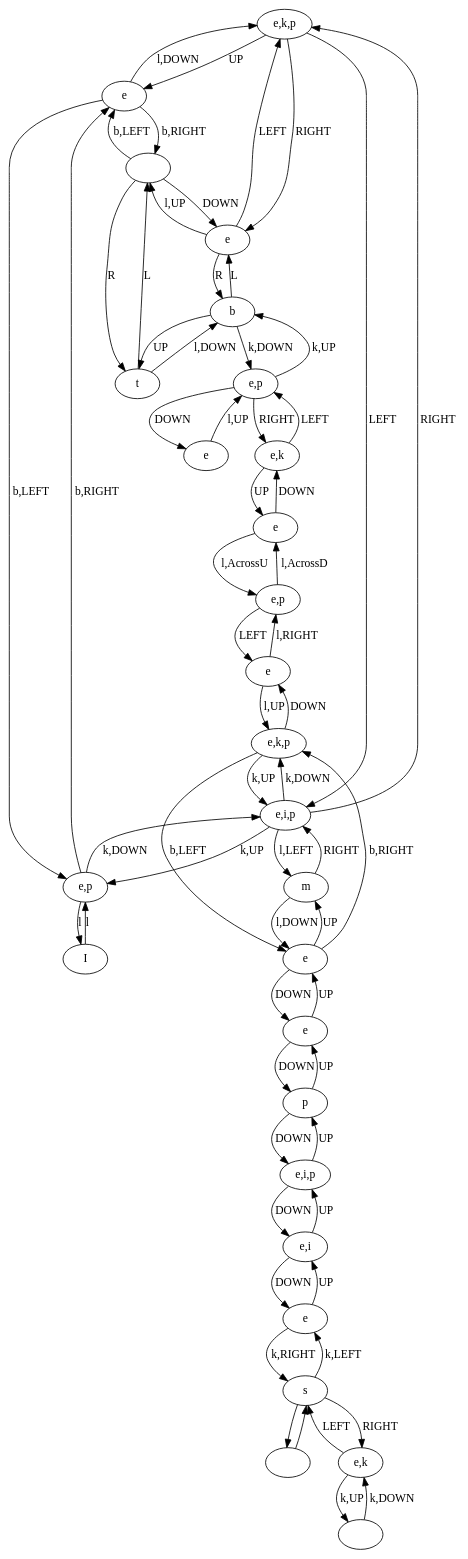
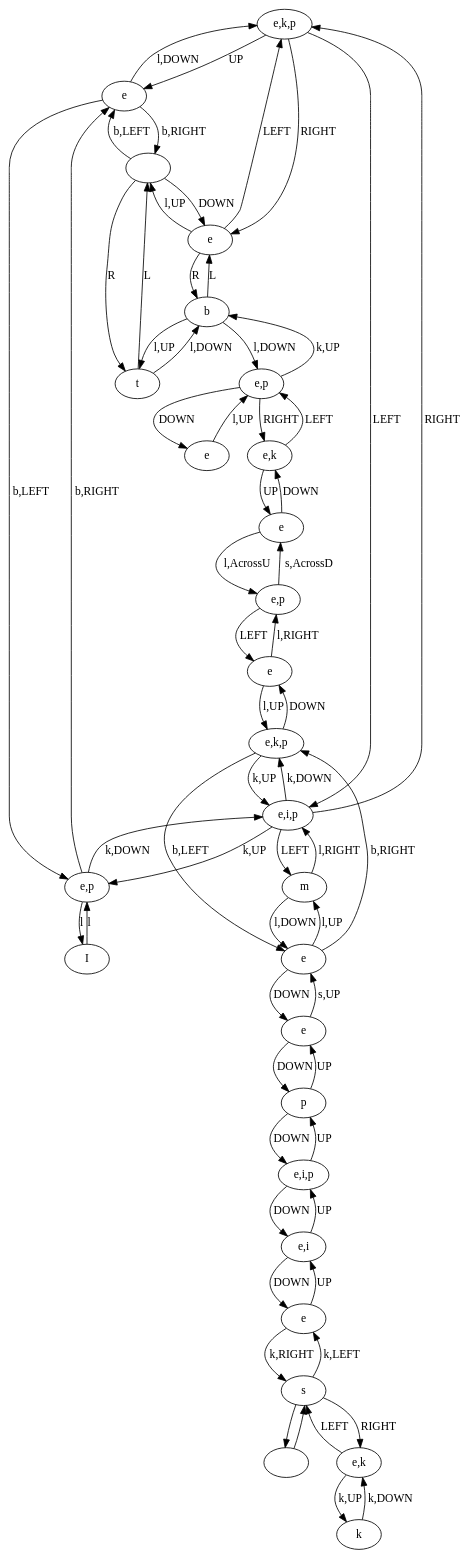
The diagram in data/VGLC/Zelda/Graph Processed/tloz6_1_flip.dot (schrum2/MM-NEAT), drawn with Graphviz before and after one commit. The commit also changed 66 other files, not shown here.

```diff
--- a/data/VGLC/Zelda/Graph Processed/tloz6_1_flip.dot
+++ b/data/VGLC/Zelda/Graph Processed/tloz6_1_flip.dot
@@ -1,91 +1,91 @@
 digraph {
 0 [label="e,k,p"]
 1 [label="e"]
 2 [label="e,i,p"]
 3 [label="e,p"]
 4 [label="b"]
 5 [label="t"]
 6 [label="e"]
 7 [label=""]
 8 [label="e,p"]
 9 [label="m"]
 10 [label="s"]
 11 [label=""]
-12 [label=""]
+12 [label="k"]
 13 [label="e,k"]
 14 [label="e,i"]
 15 [label="e"]
 16 [label="p"]
 17 [label="e,i,p"]
 18 [label="e"]
 19 [label="e"]
 20 [label="e,k,p"]
 21 [label="e"]
 22 [label="e,p"]
 23 [label="e"]
 24 [label="e"]
 25 [label="e,k"]
 26 [label="I"]
 11 -> 10 [label=""]
 10 -> 11 [label=""]
 15 -> 14 [label="UP"]
 14 -> 15 [label="DOWN"]
 14 -> 17 [label="UP"]
 17 -> 14 [label="DOWN"]
 22 -> 25 [label="RIGHT"]
 25 -> 22 [label="LEFT"]
 25 -> 24 [label="UP"]
 24 -> 25 [label="DOWN"]
 0 -> 2 [label="LEFT"]
 2 -> 0 [label="RIGHT"]
 0 -> 6 [label="RIGHT"]
 6 -> 0 [label="LEFT"]
-8 -> 24 [label="l,AcrossD"]
+8 -> 24 [label="s,AcrossD"]
 24 -> 8 [label="l,AcrossU"]
 6 -> 7 [label="l,UP"]
 7 -> 6 [label="DOWN"]
 6 -> 4 [label="R"]
 4 -> 6 [label="L"]
-4 -> 5 [label="UP"]
+4 -> 5 [label="l,UP"]
 5 -> 4 [label="l,DOWN"]
 7 -> 5 [label="R"]
 5 -> 7 [label="L"]
 21 -> 8 [label="l,RIGHT"]
 8 -> 21 [label="LEFT"]
 9 -> 18 [label="l,DOWN"]
-18 -> 9 [label="UP"]
-9 -> 2 [label="RIGHT"]
-2 -> 9 [label="l,LEFT"]
+18 -> 9 [label="l,UP"]
+9 -> 2 [label="l,RIGHT"]
+2 -> 9 [label="LEFT"]
 21 -> 20 [label="l,UP"]
 20 -> 21 [label="DOWN"]
 17 -> 16 [label="UP"]
 16 -> 17 [label="DOWN"]
 10 -> 13 [label="RIGHT"]
 13 -> 10 [label="LEFT"]
 1 -> 0 [label="l,DOWN"]
 0 -> 1 [label="UP"]
 10 -> 15 [label="k,LEFT"]
 15 -> 10 [label="k,RIGHT"]
 13 -> 12 [label="k,UP"]
 12 -> 13 [label="k,DOWN"]
 3 -> 2 [label="k,DOWN"]
 2 -> 3 [label="k,UP"]
 3 -> 26 [label="l"]
 26 -> 3 [label="l"]
 3 -> 1 [label="b,RIGHT"]
 1 -> 3 [label="b,LEFT"]
 1 -> 7 [label="b,RIGHT"]
 7 -> 1 [label="b,LEFT"]
 20 -> 18 [label="b,LEFT"]
 18 -> 20 [label="b,RIGHT"]
 22 -> 4 [label="k,UP"]
-4 -> 22 [label="k,DOWN"]
+4 -> 22 [label="l,DOWN"]
 19 -> 16 [label="DOWN"]
 16 -> 19 [label="UP"]
-19 -> 18 [label="UP"]
+19 -> 18 [label="s,UP"]
 18 -> 19 [label="DOWN"]
 2 -> 20 [label="k,DOWN"]
 20 -> 2 [label="k,UP"]
 22 -> 23 [label="DOWN"]
 23 -> 22 [label="l,UP"]
 }
```
